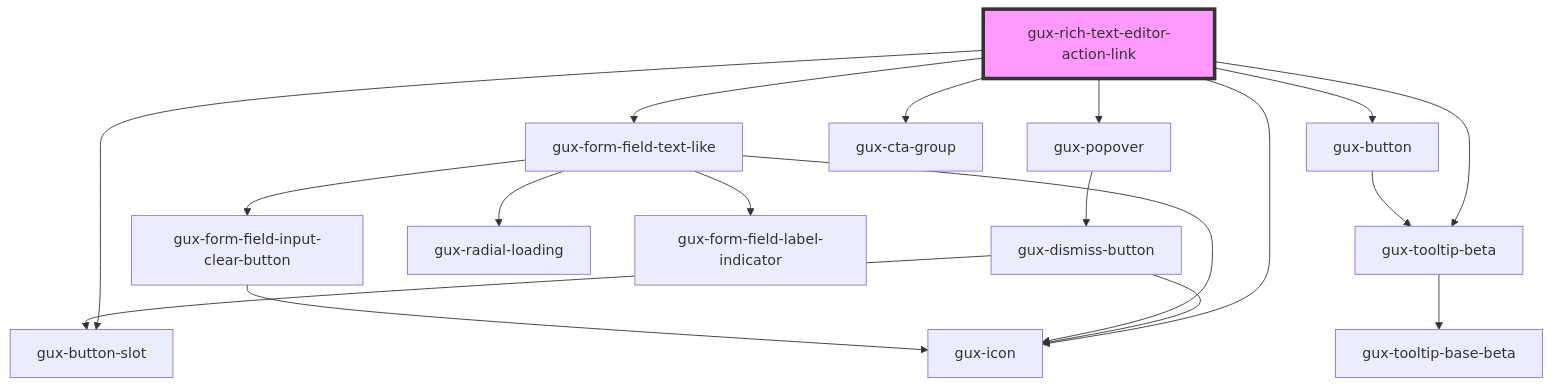
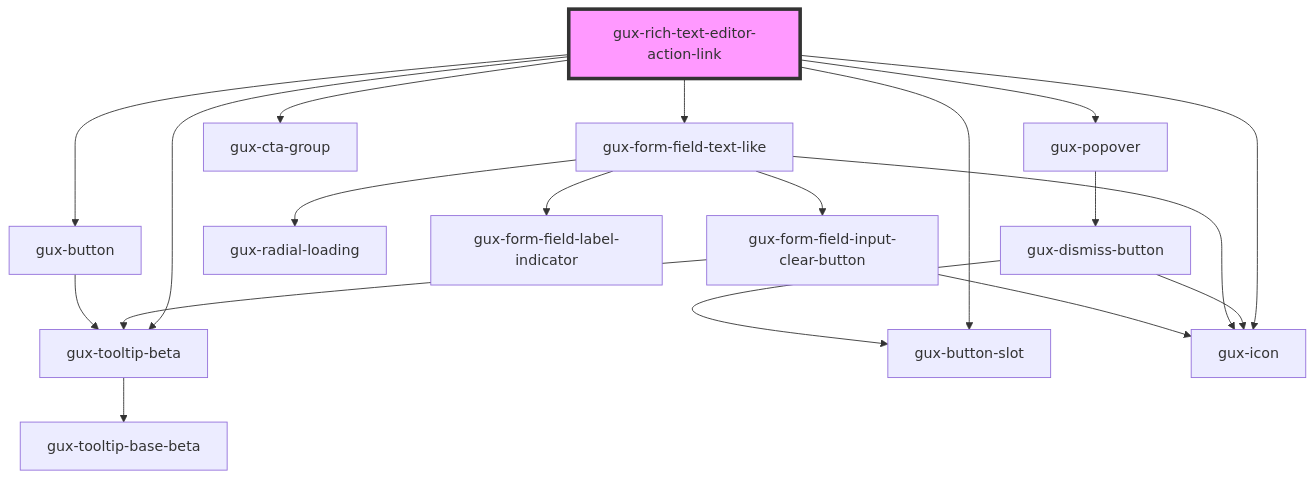
One commit to MyPureCloud/genesys-spark changed the diagram in packages/genesys-spark-components/src/components/beta/gux-rich-text-editor/gux-rich-text-editor-action/gux-rich-text-editor-action-link/readme.md. Above: the diagram before and after it, drawn with Mermaid. The commit also changed 11 other files, not shown here.

````diff
--- a/packages/genesys-spark-components/src/components/beta/gux-rich-text-editor/gux-rich-text-editor-action/gux-rich-text-editor-action-link/readme.md
+++ b/packages/genesys-spark-components/src/components/beta/gux-rich-text-editor/gux-rich-text-editor-action/gux-rich-text-editor-action-link/readme.md
@@ -36,21 +36,22 @@
 ```mermaid
 graph TD;
   gux-rich-text-editor-action-link --> gux-tooltip-beta
   gux-rich-text-editor-action-link --> gux-button-slot
   gux-rich-text-editor-action-link --> gux-icon
   gux-rich-text-editor-action-link --> gux-popover
   gux-rich-text-editor-action-link --> gux-form-field-text-like
   gux-rich-text-editor-action-link --> gux-cta-group
   gux-rich-text-editor-action-link --> gux-button
   gux-tooltip-beta --> gux-tooltip-base-beta
   gux-popover --> gux-dismiss-button
   gux-dismiss-button --> gux-button-slot
   gux-dismiss-button --> gux-icon
   gux-form-field-text-like --> gux-radial-loading
   gux-form-field-text-like --> gux-form-field-label-indicator
   gux-form-field-text-like --> gux-form-field-input-clear-button
   gux-form-field-text-like --> gux-icon
   gux-form-field-input-clear-button --> gux-icon
+  gux-form-field-input-clear-button --> gux-tooltip-beta
   gux-button --> gux-tooltip-beta
   style gux-rich-text-editor-action-link fill:#f9f,stroke:#333,stroke-width:4px
 ```
````
